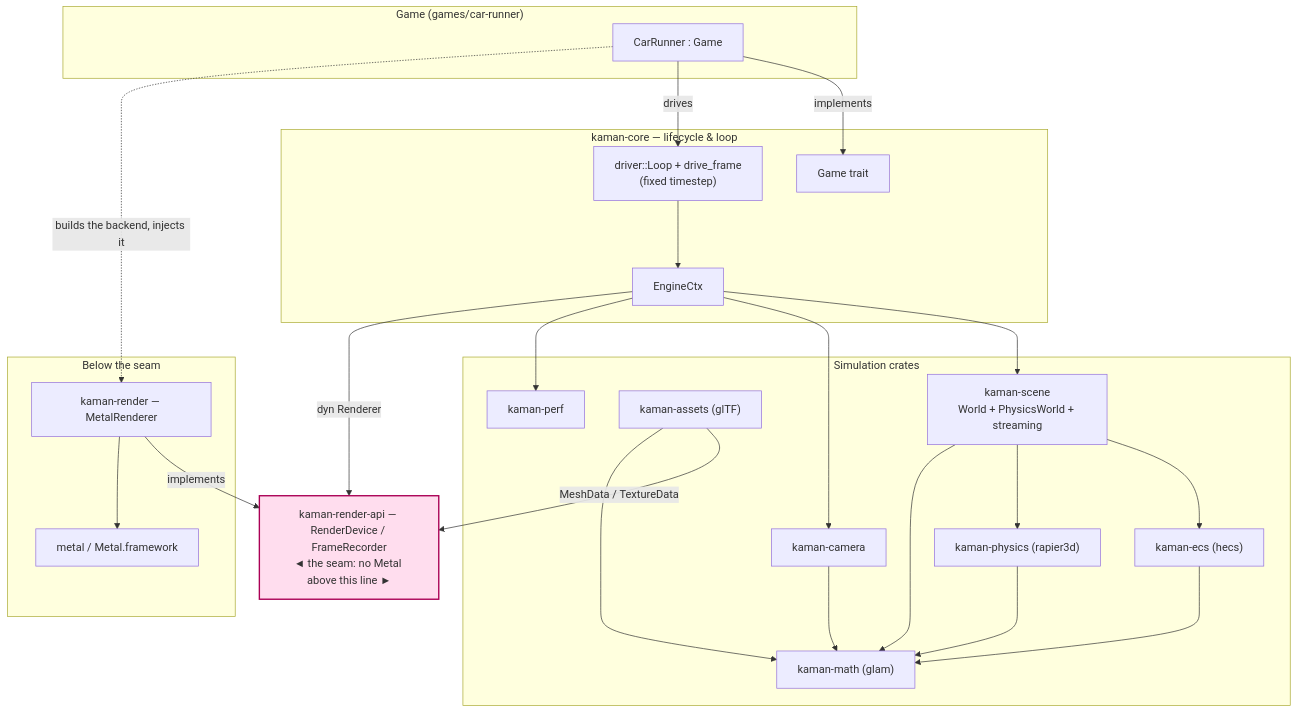
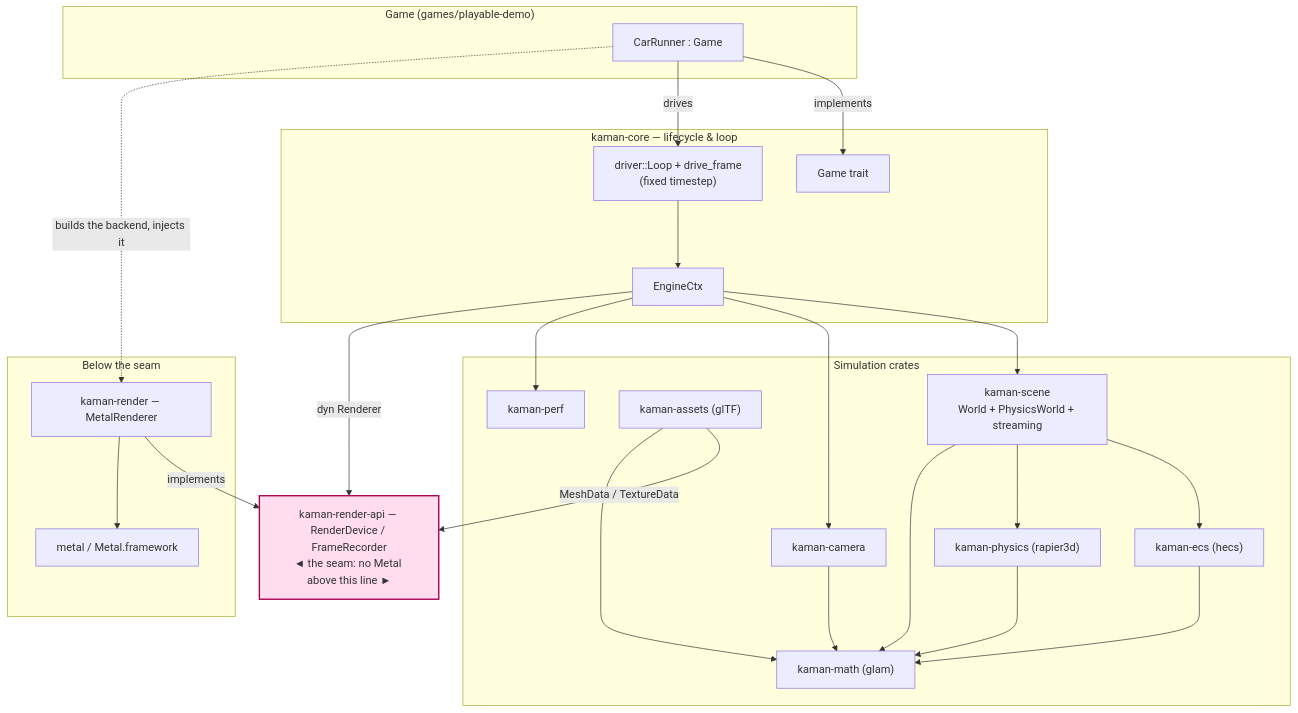
Before and after one commit to parsabee/KamanEngine: the first of 10 diagrams in docs/DESIGN.md, drawn with Mermaid. The commit also changed other lines of this file and 16 other files, not shown here.

First line of the commit message:
KE-0701: rename the demo game car-runner -> playable-demo

````diff
--- a/docs/DESIGN.md
+++ b/docs/DESIGN.md
@@ -18,40 +18,40 @@
 ```mermaid
 graph TD
-    subgraph Game["Game (games/car-runner)"]
+    subgraph Game["Game (games/playable-demo)"]
         CR["CarRunner : Game"]
     end
     subgraph Core["kaman-core — lifecycle & loop"]
         LOOP["driver::Loop + drive_frame<br/>(fixed timestep)"]
         CTX["EngineCtx"]
         GAME["Game trait"]
     end
     subgraph Sim["Simulation crates"]
         SCENE["kaman-scene<br/>World + PhysicsWorld + streaming"]
         ECS["kaman-ecs (hecs)"]
         PHYS["kaman-physics (rapier3d)"]
         CAM["kaman-camera"]
         ASSETS["kaman-assets (glTF)"]
         PERF["kaman-perf"]
         MATH["kaman-math (glam)"]
     end
     SEAM["kaman-render-api — RenderDevice / FrameRecorder<br/>◄ the seam: no Metal above this line ►"]
     subgraph Backend["Below the seam"]
         REND["kaman-render — MetalRenderer"]
         METAL["metal / Metal.framework"]
     end
 
     CR -->|implements| GAME
     CR -->|drives| LOOP
     LOOP --> CTX
     CTX --> SCENE & CAM & PERF
     CTX -->|"dyn Renderer"| SEAM
     SCENE --> ECS & PHYS
     ASSETS -->|"MeshData / TextureData"| SEAM
     CR -.->|"builds the backend, injects it"| REND
     REND -->|implements| SEAM
     REND --> METAL
     ECS & PHYS & CAM & ASSETS & SCENE --> MATH
 
     classDef seam fill:#fde,stroke:#a05,stroke-width:2px;
     class SEAM seam;
 ```
````
